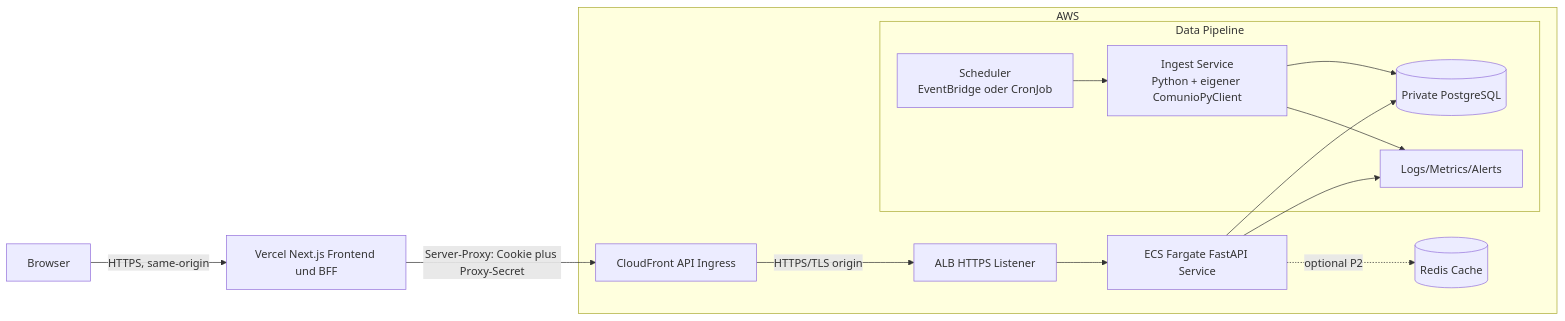
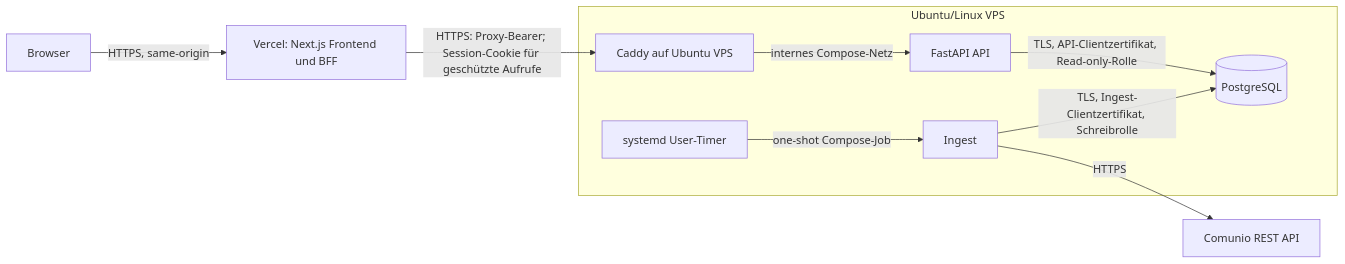
One commit to Masterpeace753/comunio-data-website changed the diagram in architecture.md. Above: the diagram before and after it, drawn with Mermaid. The commit also changed other lines of this file and 10 other files, not shown here.

First line of the commit message:
docs: make VPS/Linux architecture canonical

````diff
--- a/architecture.md
+++ b/architecture.md
@@ -24,20 +25,14 @@
 ```mermaid
 flowchart LR
-  U[Browser] -->|HTTPS, same-origin| FE[Vercel Next.js Frontend und BFF]
-  FE -->|Server-Proxy: Cookie plus Proxy-Secret| CF[CloudFront API Ingress]
+  B[Browser] -->|HTTPS, same-origin| V[Vercel: Next.js Frontend und BFF]
+  V -->|HTTPS: Proxy-Bearer; Session-Cookie für geschützte Aufrufe| C[Caddy auf Ubuntu VPS]
 
-  subgraph AWS
-    CF -->|HTTPS/TLS origin| ALB[ALB HTTPS Listener]
-    ALB --> API[ECS Fargate FastAPI Service]
-    API --> DB[(Private PostgreSQL)]
-    API -. optional P2 .-> C[(Redis Cache)]
+  subgraph VPS[Ubuntu/Linux VPS]
+    C -->|internes Compose-Netz| A[FastAPI API]
+    A -->|TLS, API-Clientzertifikat, Read-only-Rolle| DB[(PostgreSQL)]
+    T[systemd User-Timer] -->|one-shot Compose-Job| I[Ingest]
+    I -->|TLS, Ingest-Clientzertifikat, Schreibrolle| DB
+  end
 
-    subgraph Data Pipeline
-      SCH[Scheduler<br/>EventBridge oder CronJob] --> ING[Ingest Service<br/>Python + eigener ComunioPyClient]
-      ING --> DB
-      ING --> OBS[Logs/Metrics/Alerts]
-    end
-
-    API --> OBS
-  end
+  I -->|HTTPS| API[Comunio REST API]
 ```
````
